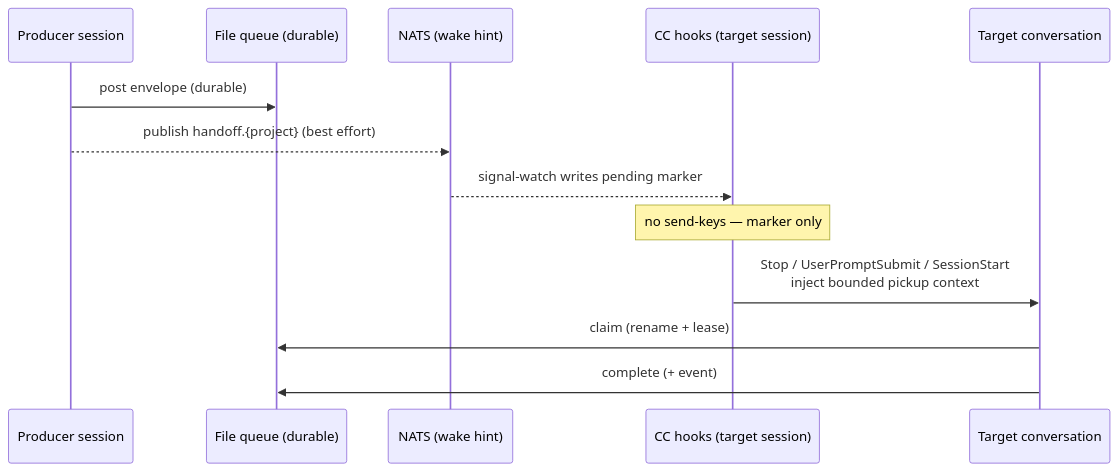
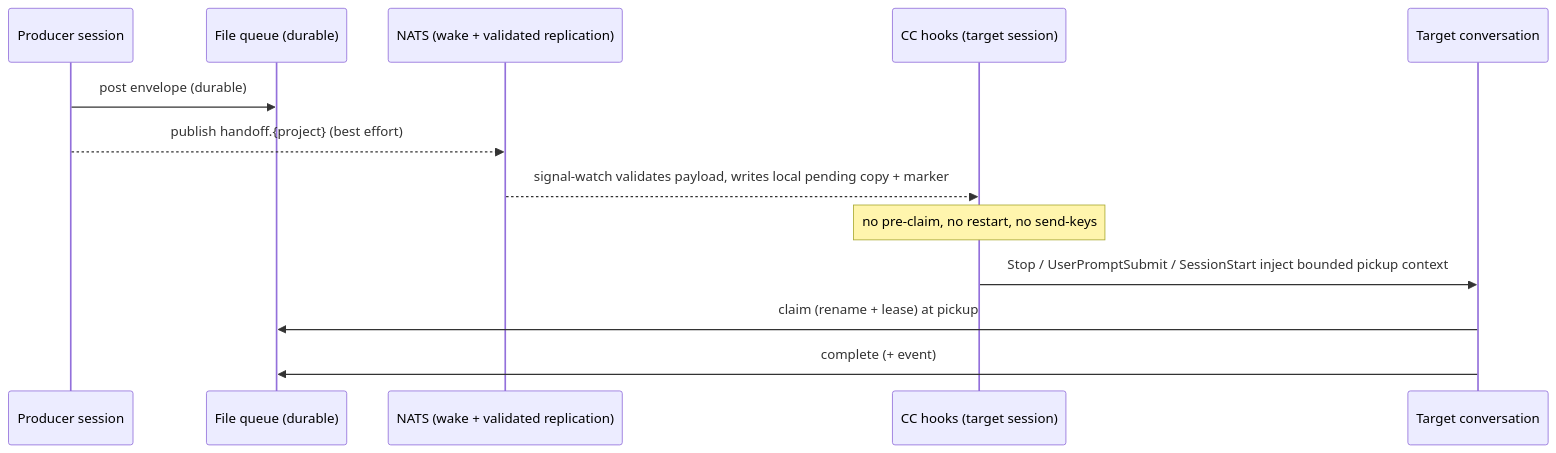
One commit to sergeiwallace/ai-cli-utils changed the second of 2 diagrams in docs/designs/cross-session-handoff.md. Above: the diagram before and after it, drawn with Mermaid. The commit also changed other lines of this file and 1 other file, not shown here.

````diff
--- a/docs/designs/cross-session-handoff.md
+++ b/docs/designs/cross-session-handoff.md
@@ -184,15 +212,15 @@
 ```mermaid
 sequenceDiagram
     participant P as Producer session
     participant Q as File queue (durable)
-    participant N as NATS (wake hint)
+    participant N as NATS (wake + validated replication)
     participant H as CC hooks (target session)
     participant S as Target conversation
     P->>Q: post envelope (durable)
     P-->>N: publish handoff.{project} (best effort)
-    N-->>H: signal-watch writes pending marker
-    Note over H: no send-keys — marker only
-    H->>S: Stop / UserPromptSubmit / SessionStart<br/>inject bounded pickup context
-    S->>Q: claim (rename + lease)
+    N-->>H: signal-watch validates payload, writes local pending copy + marker
+    Note over H: no pre-claim, no restart, no send-keys
+    H->>S: Stop / UserPromptSubmit / SessionStart inject bounded pickup context
+    S->>Q: claim (rename + lease) at pickup
     S->>Q: complete (+ event)
 ```
````
